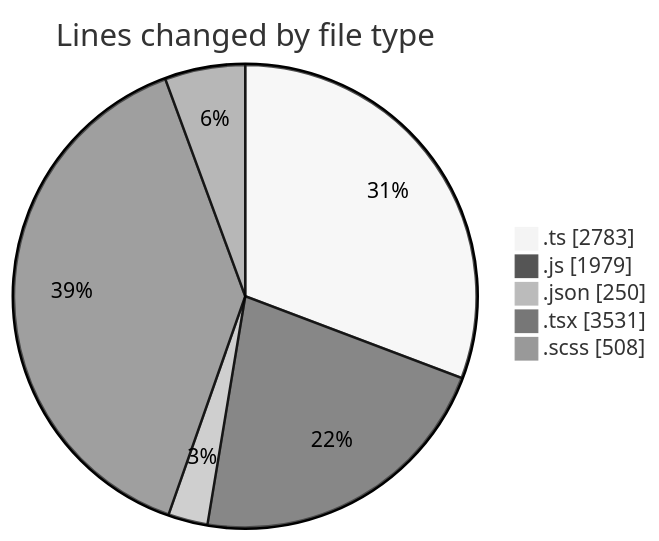
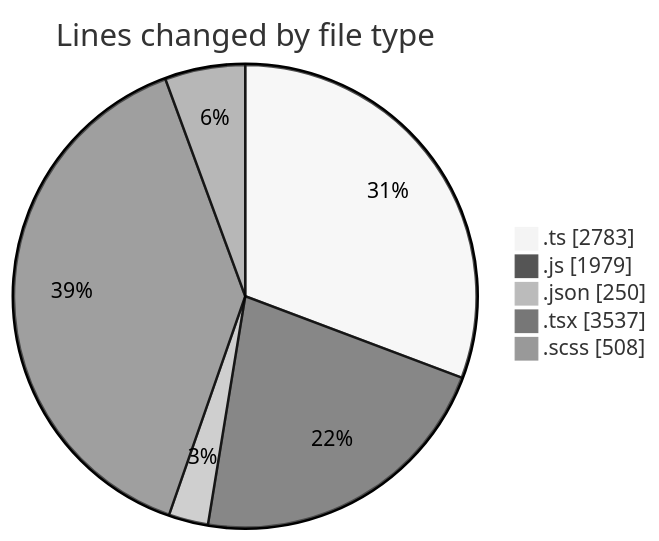
One commit to momahboobian/code-tracking changed the first of 2 diagrams in 2026-06-18/cda/README.md. Above: the diagram before and after it, drawn with Mermaid (neutral theme). The commit also changed other lines of this file and 1 other file, not shown here.

````diff
--- a/2026-06-18/cda/README.md
+++ b/2026-06-18/cda/README.md
@@ -66,9 +66,9 @@
 ```mermaid
 pie showData
 title Lines changed by file type
 ".ts" : 2783
 ".js" : 1979
 ".json" : 250
-".tsx" : 3531
+".tsx" : 3537
 ".scss" : 508
 ```
````
